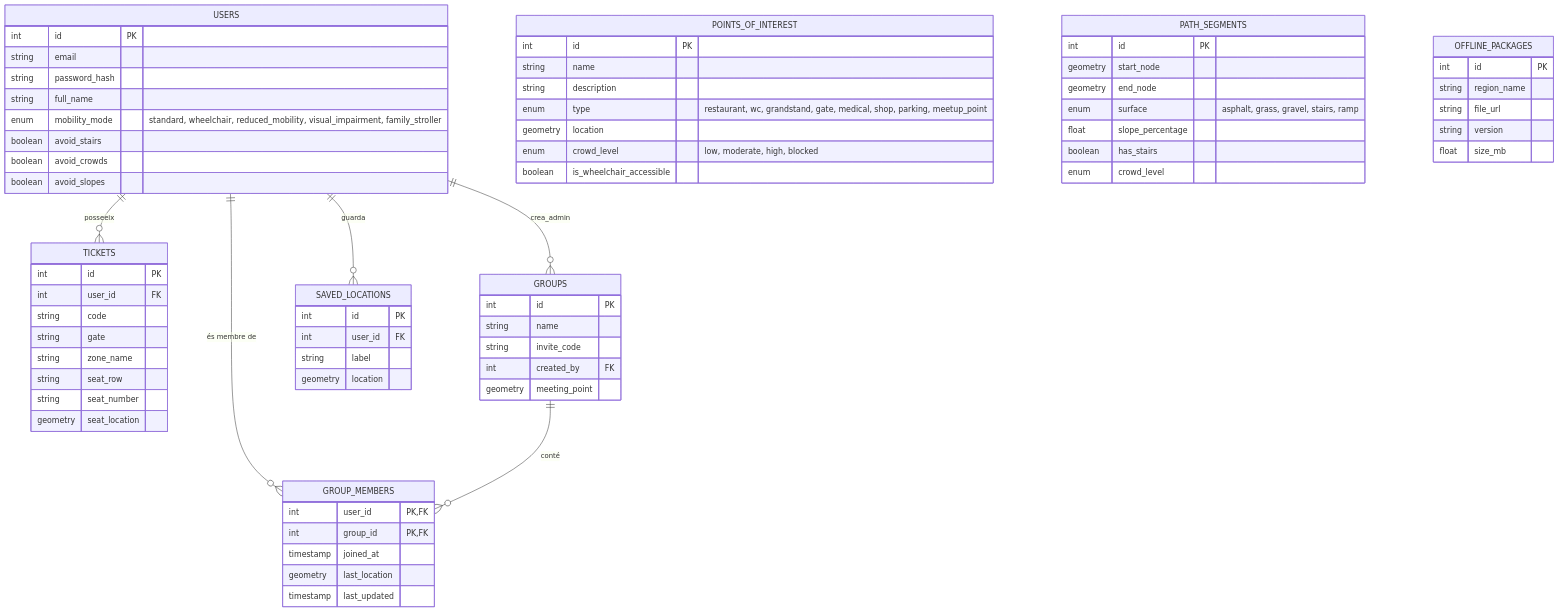
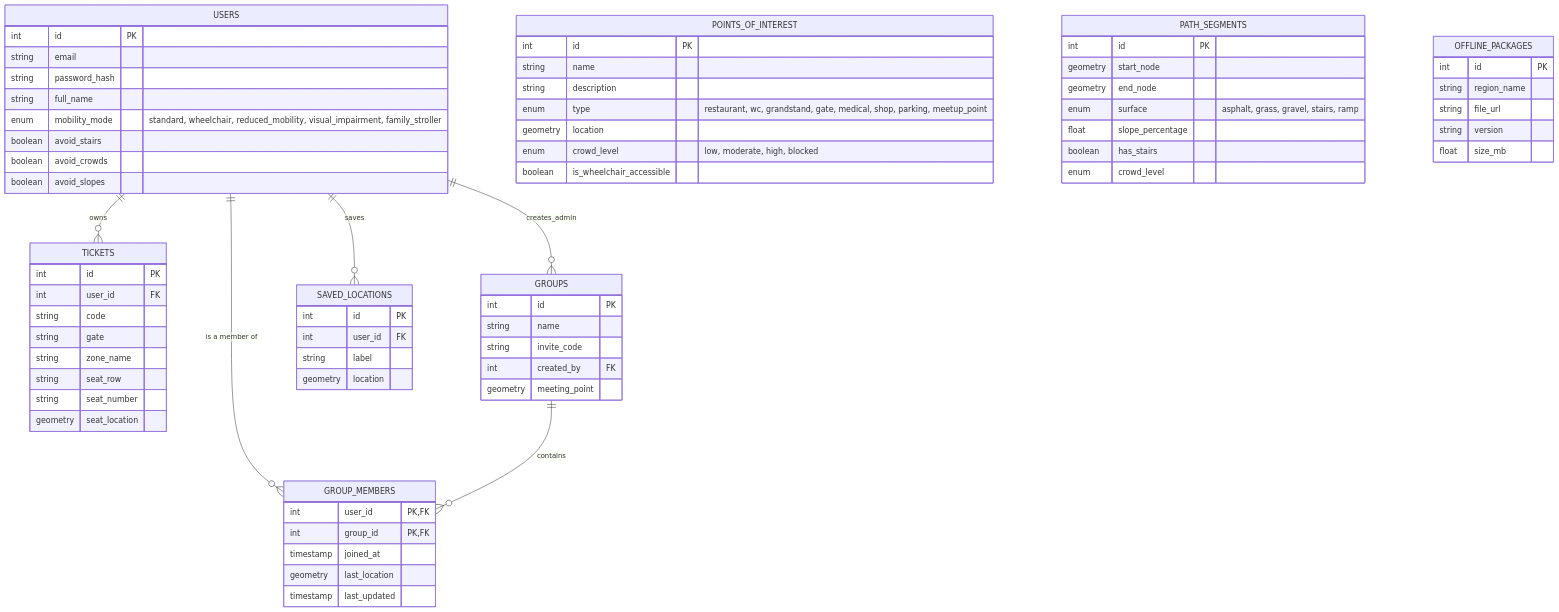
The diagram in .context/02-api/database-schema.md (cdc-grup/app_lattice_project), drawn with Mermaid before and after one commit. The commit also changed other lines of this file and 13 other files, not shown here.

````diff
--- a/.context/02-api/database-schema.md
+++ b/.context/02-api/database-schema.md
@@ -9,13 +9,13 @@
 ```mermaid
 erDiagram
-    %% RELACIONS
-    USERS ||--o{ TICKETS : posseeix
-    USERS ||--o{ GROUPS : crea_admin
-    USERS ||--o{ GROUP_MEMBERS : "és membre de"
-    GROUPS ||--o{ GROUP_MEMBERS : conté
-    USERS ||--o{ SAVED_LOCATIONS : guarda
+    %% RELATIONSHIPS
+    USERS ||--o{ TICKETS : owns
+    USERS ||--o{ GROUPS : creates_admin
+    USERS ||--o{ GROUP_MEMBERS : "is a member of"
+    GROUPS ||--o{ GROUP_MEMBERS : contains
+    USERS ||--o{ SAVED_LOCATIONS : saves
 
-    %% ENTITATS
+    %% ENTITIES
     USERS {
         int id PK
         string email
````
